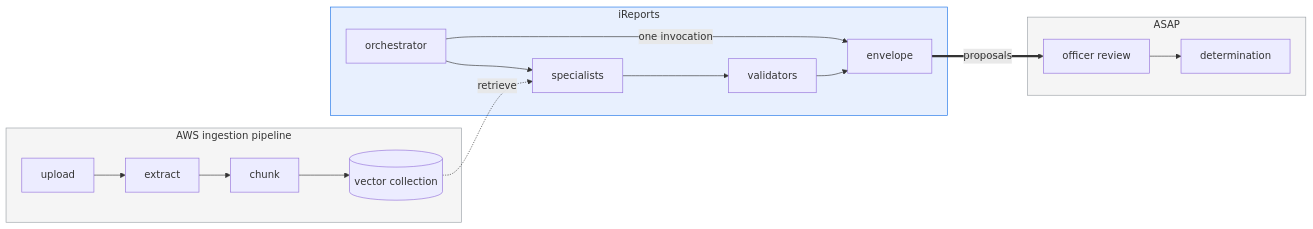
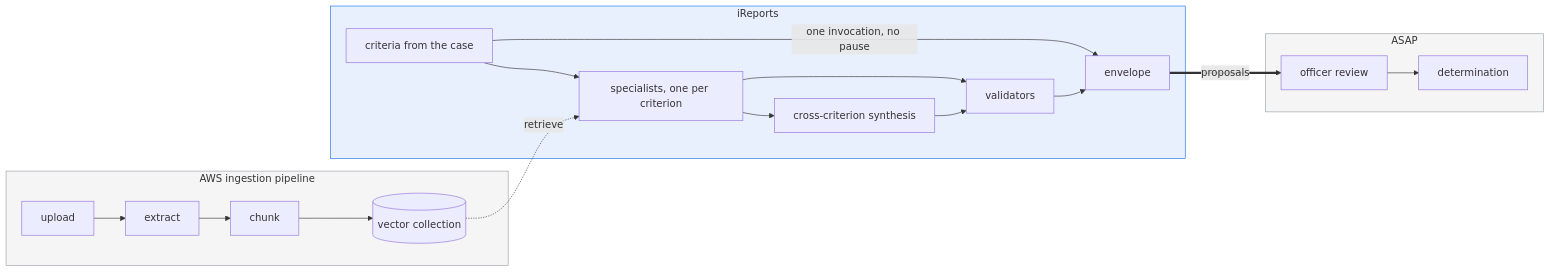
One commit to Amivero-LLC/asap-ireports-poc changed the first of 3 diagrams in docs/ARCHITECTURE.md. Above: the diagram before and after it, drawn with Mermaid. The commit also changed other lines of this file and 1 other file, not shown here.

First line of the commit message:
docs: bring every architecture diagram up to the current state

````diff
--- a/docs/ARCHITECTURE.md
+++ b/docs/ARCHITECTURE.md
@@ -20,24 +20,26 @@
 ```mermaid
 flowchart LR
     subgraph NOT_OURS1["AWS ingestion pipeline"]
         UP[upload] --> EX[extract] --> CH[chunk] --> IX[(vector collection)]
     end
 
     subgraph OURS["iReports"]
-        OR[orchestrator] --> SP[specialists]
+        CR[criteria from the case] --> SP[specialists, one per criterion]
+        SP --> SY[cross-criterion synthesis]
         SP --> VA[validators]
+        SY --> VA
         VA --> EN[envelope]
     end
 
     subgraph NOT_OURS2["ASAP"]
         RV[officer review] --> DEC[determination]
     end
 
     IX -.retrieve.-> SP
-    OR -->|one invocation| EN
+    CR -->|one invocation, no pause| EN
     EN ==>|proposals| RV
 
     style OURS fill:#e8f0fe,stroke:#1a73e8
     style NOT_OURS1 fill:#f5f5f5,stroke:#9aa0a6
     style NOT_OURS2 fill:#f5f5f5,stroke:#9aa0a6
 ```
````
